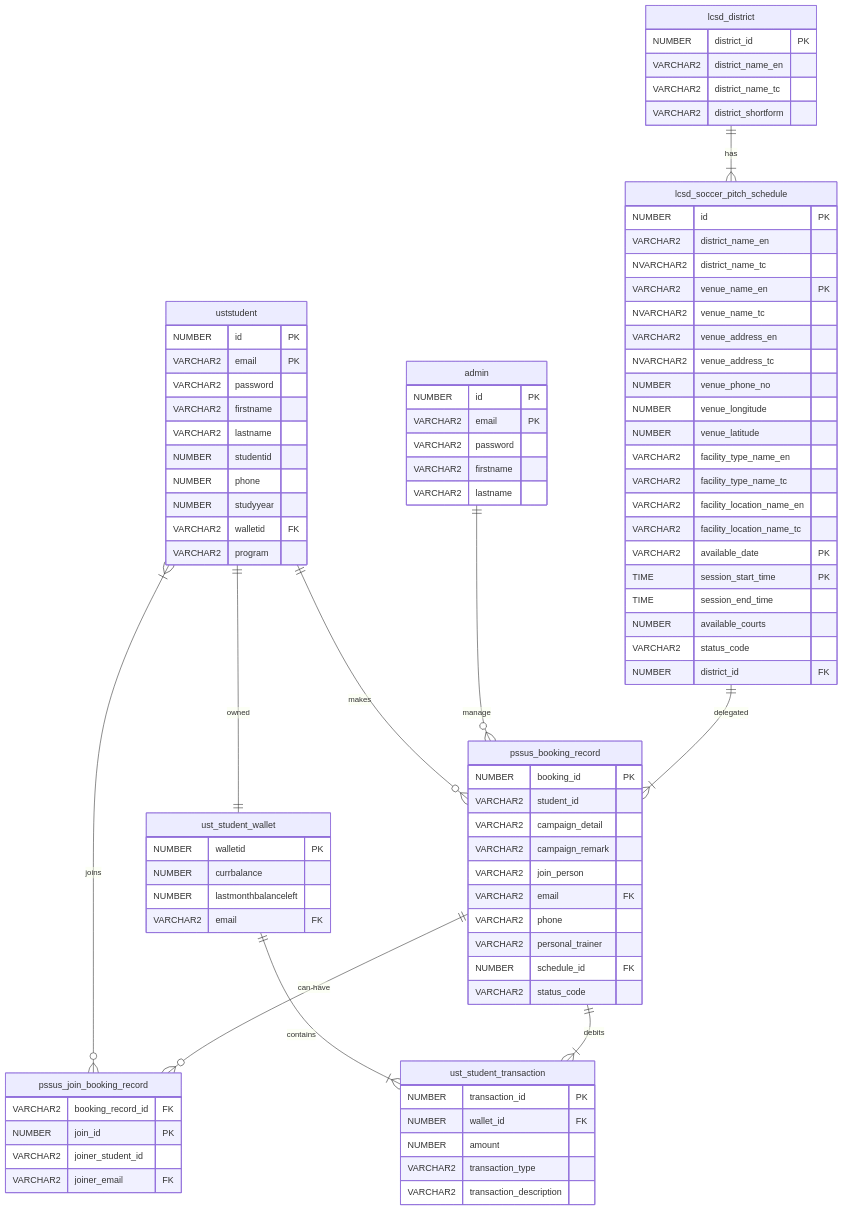
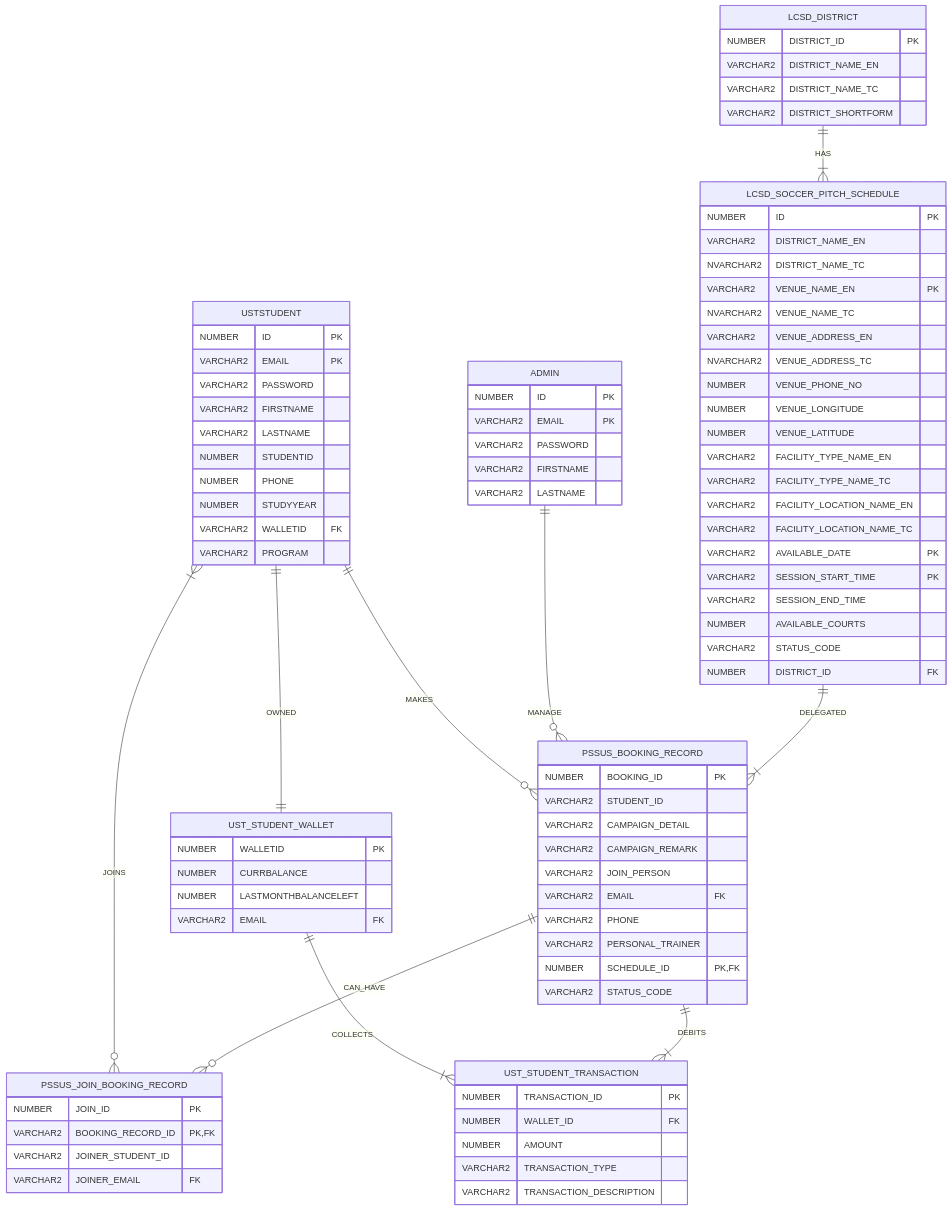
One commit to GordonHKUST/ISOM5260 changed the diagram in src/main/resources/ERD.mermaid. Above: the diagram before and after it, drawn with Mermaid.

```diff
--- a/src/main/resources/ERD.mermaid
+++ b/src/main/resources/ERD.mermaid
@@ -1,97 +1,89 @@
 erDiagram
-    ust_student_wallet ||--|{ ust_student_transaction : contains
-    lcsd_district ||--|{ lcsd_soccer_pitch_schedule : has
-    uststudent |{ -- o{ pssus_join_booking_record : joins
-    uststudent || -- o{ pssus_booking_record : makes
-    admin||--o{ pssus_booking_record: manage
-    lcsd_soccer_pitch_schedule ||--|{ pssus_booking_record : delegated
-    uststudent ||--|| ust_student_wallet : owned
-    pssus_booking_record ||--o{ pssus_join_booking_record :  can-have
-    pssus_booking_record ||--|{ ust_student_transaction : debits
+    UST_STUDENT_WALLET ||--|{ UST_STUDENT_TRANSACTION : COLLECTS
+    LCSD_DISTRICT ||--|{ LCSD_SOCCER_PITCH_SCHEDULE : HAS
+    USTSTUDENT |{ -- o{ PSSUS_JOIN_BOOKING_RECORD : JOINS
+    USTSTUDENT || -- o{ PSSUS_BOOKING_RECORD : MAKES
+    ADMIN ||--o{ PSSUS_BOOKING_RECORD : MANAGE
+    LCSD_SOCCER_PITCH_SCHEDULE ||--|{ PSSUS_BOOKING_RECORD : DELEGATED
+    USTSTUDENT ||--|| UST_STUDENT_WALLET : OWNED
+    PSSUS_BOOKING_RECORD ||--o{ PSSUS_JOIN_BOOKING_RECORD : CAN_HAVE
+    PSSUS_BOOKING_RECORD ||--|{ UST_STUDENT_TRANSACTION : DEBITS
 
-    ust_student_transaction {
-        NUMBER transaction_id PK
-        NUMBER wallet_id FK
-        NUMBER amount
-        VARCHAR2 transaction_type
-        VARCHAR2 transaction_description
+    UST_STUDENT_TRANSACTION {
+        NUMBER TRANSACTION_ID PK
+        NUMBER WALLET_ID FK
+        NUMBER AMOUNT
+        VARCHAR2 TRANSACTION_TYPE
+        VARCHAR2 TRANSACTION_DESCRIPTION
     }
-
-    lcsd_district {
-        NUMBER district_id PK
-        VARCHAR2 district_name_en
-        VARCHAR2 district_name_tc
-        VARCHAR2 district_shortform
+    LCSD_DISTRICT {
+        NUMBER DISTRICT_ID PK
+        VARCHAR2 DISTRICT_NAME_EN
+        VARCHAR2 DISTRICT_NAME_TC
+        VARCHAR2 DISTRICT_SHORTFORM
     }
-
-    lcsd_soccer_pitch_schedule {
-        NUMBER id PK
-        VARCHAR2 district_name_en
-        NVARCHAR2 district_name_tc
-        VARCHAR2 venue_name_en PK
-        NVARCHAR2 venue_name_tc
-        VARCHAR2 venue_address_en
-        NVARCHAR2 venue_address_tc
-        NUMBER venue_phone_no
-        NUMBER venue_longitude
-        NUMBER venue_latitude
-        VARCHAR2 facility_type_name_en
-        VARCHAR2 facility_type_name_tc
-        VARCHAR2 facility_location_name_en
-        VARCHAR2 facility_location_name_tc
-        VARCHAR2 available_date PK
-        TIME session_start_time PK
-        TIME session_end_time
-        NUMBER available_courts
-        VARCHAR2 status_code
-        NUMBER district_id FK
+    LCSD_SOCCER_PITCH_SCHEDULE {
+        NUMBER ID PK
+        VARCHAR2 DISTRICT_NAME_EN
+        NVARCHAR2 DISTRICT_NAME_TC
+        VARCHAR2 VENUE_NAME_EN PK
+        NVARCHAR2 VENUE_NAME_TC
+        VARCHAR2 VENUE_ADDRESS_EN
+        NVARCHAR2 VENUE_ADDRESS_TC
+        NUMBER VENUE_PHONE_NO
+        NUMBER VENUE_LONGITUDE
+        NUMBER VENUE_LATITUDE
+        VARCHAR2 FACILITY_TYPE_NAME_EN
+        VARCHAR2 FACILITY_TYPE_NAME_TC
+        VARCHAR2 FACILITY_LOCATION_NAME_EN
+        VARCHAR2 FACILITY_LOCATION_NAME_TC
+        VARCHAR2 AVAILABLE_DATE PK
+        VARCHAR2 SESSION_START_TIME PK
+        VARCHAR2 SESSION_END_TIME
+        NUMBER AVAILABLE_COURTS
+        VARCHAR2 STATUS_CODE
+        NUMBER DISTRICT_ID FK
     }
-
-    pssus_booking_record {
-        NUMBER booking_id PK
-        VARCHAR2 student_id
-        VARCHAR2 campaign_detail
-        VARCHAR2 campaign_remark
-        VARCHAR2 join_person
-        VARCHAR2 email FK
-        VARCHAR2 phone
-        VARCHAR2 personal_trainer
-        NUMBER schedule_id FK
-        VARCHAR2 status_code
+    PSSUS_BOOKING_RECORD {
+        NUMBER BOOKING_ID PK
+        VARCHAR2 STUDENT_ID
+        VARCHAR2 CAMPAIGN_DETAIL
+        VARCHAR2 CAMPAIGN_REMARK
+        VARCHAR2 JOIN_PERSON
+        VARCHAR2 EMAIL FK
+        VARCHAR2 PHONE
+        VARCHAR2 PERSONAL_TRAINER
+        NUMBER SCHEDULE_ID PK,FK
+        VARCHAR2 STATUS_CODE
     }
-
-    pssus_join_booking_record {
-        VARCHAR2 booking_record_id FK
-        NUMBER join_id PK
-        VARCHAR2 joiner_student_id
-        VARCHAR2 joiner_email FK
+    PSSUS_JOIN_BOOKING_RECORD {
+        NUMBER JOIN_ID PK
+        VARCHAR2 BOOKING_RECORD_ID PK,FK
+        VARCHAR2 JOINER_STUDENT_ID
+        VARCHAR2 JOINER_EMAIL FK
     }
-
-    ust_student_wallet {
-        NUMBER walletid PK
-        NUMBER currbalance
-        NUMBER lastmonthbalanceleft
-        VARCHAR2 email FK
-
+    UST_STUDENT_WALLET {
+        NUMBER WALLETID PK
+        NUMBER CURRBALANCE
+        NUMBER LASTMONTHBALANCELEFT
+        VARCHAR2 EMAIL FK
     }
-
-    uststudent {
-        NUMBER id PK
-        VARCHAR2 email PK
-        VARCHAR2 password
-        VARCHAR2 firstname
-        VARCHAR2 lastname
-        NUMBER studentid
-        NUMBER phone
-        NUMBER studyyear
-        VARCHAR2 walletid FK
-        VARCHAR2 program
+    USTSTUDENT {
+        NUMBER ID PK
+        VARCHAR2 EMAIL PK
+        VARCHAR2 PASSWORD 
+        VARCHAR2 FIRSTNAME 
+        VARCHAR2 LASTNAME 
+        NUMBER STUDENTID
+        NUMBER PHONE
+        NUMBER STUDYYEAR
+        VARCHAR2 WALLETID FK
+        VARCHAR2 PROGRAM
     }
-
-    admin {
-        NUMBER id PK
-        VARCHAR2 email PK
-        VARCHAR2 password
-        VARCHAR2 firstname
-        VARCHAR2 lastname
+    ADMIN {
+        NUMBER ID PK
+        VARCHAR2 EMAIL PK
+        VARCHAR2 PASSWORD 
+        VARCHAR2 FIRSTNAME 
+        VARCHAR2 LASTNAME 
     }
```
